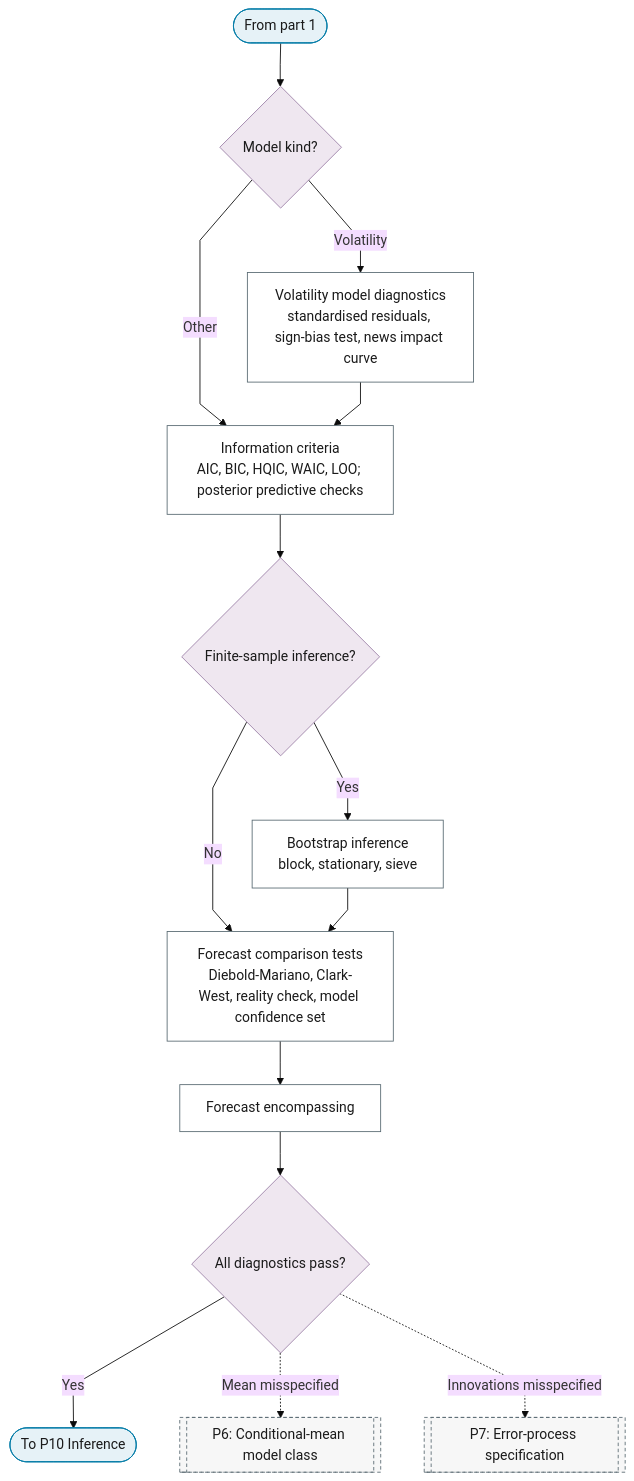
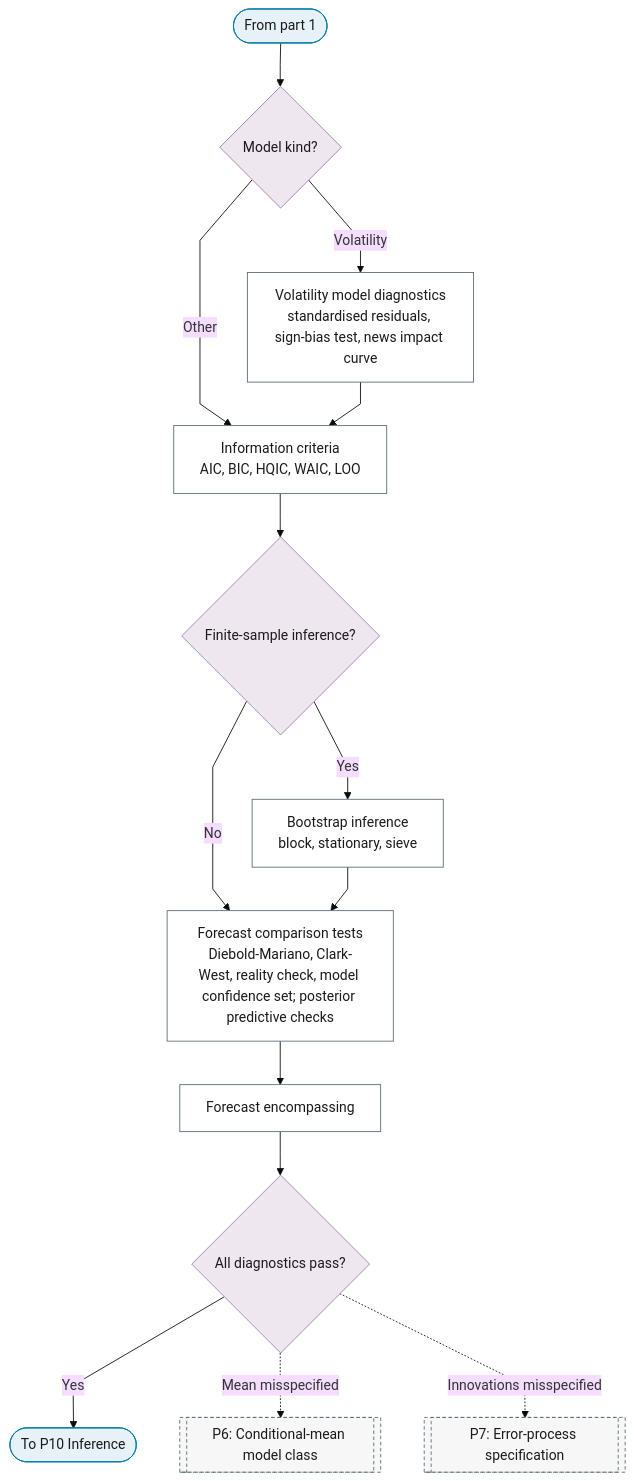
The second of 2 diagrams in docs/01-workflow/p09-diagnostics-selection.md (Shuxin-Y/time-series-analysis-manual), drawn with Mermaid (base theme) before and after one commit. The commit also changed 3 other files, not shown here.

````diff
--- a/docs/01-workflow/p09-diagnostics-selection.md
+++ b/docs/01-workflow/p09-diagnostics-selection.md
@@ -60,29 +60,29 @@
 ```mermaid
 %%{init: {"flowchart": {"curve": "linear"}}}%%
 graph TD
     P9_PART_2_IN(["From part 1"]) --> P9_MODEL_KIND{"Model kind?"}
     P9_MODEL_KIND -->|"Volatility"| P9_VOLATILITY_DIAGNOSTICS["Volatility model diagnostics<br/>standardised residuals, sign-bias test, news impact curve"]
     P9_MODEL_KIND -->|"Other"| P9_INFORMATION_CRITERIA
-    P9_VOLATILITY_DIAGNOSTICS --> P9_INFORMATION_CRITERIA["Information criteria<br/>AIC, BIC, HQIC, WAIC, LOO; posterior predictive checks"]
+    P9_VOLATILITY_DIAGNOSTICS --> P9_INFORMATION_CRITERIA["Information criteria<br/>AIC, BIC, HQIC, WAIC, LOO"]
     P9_INFORMATION_CRITERIA --> P9_INFERENCE_NEEDED{"Finite-sample inference?"}
     P9_INFERENCE_NEEDED -->|"Yes"| P9_BOOTSTRAP["Bootstrap inference<br/>block, stationary, sieve"]
     P9_INFERENCE_NEEDED -->|"No"| P9_FORECAST_COMPARISON
-    P9_BOOTSTRAP --> P9_FORECAST_COMPARISON["Forecast comparison tests<br/>Diebold-Mariano, Clark-West, reality check, model confidence set"]
+    P9_BOOTSTRAP --> P9_FORECAST_COMPARISON["Forecast comparison tests<br/>Diebold-Mariano, Clark-West, reality check, model confidence set; posterior predictive checks"]
     P9_FORECAST_COMPARISON --> P9_ENCOMPASSING["Forecast encompassing"]
     P9_ENCOMPASSING --> P9_PASS{"All diagnostics pass?"}
     P9_PASS -->|"Yes"| P9_OUT(["To P10 Inference"])
     P9_PASS -.->|"Mean misspecified"| P6[["P6: Conditional-mean model class"]]
     P9_PASS -.->|"Innovations misspecified"| P7[["P7: Error-process specification"]]
     class P9_PART_2_IN,P9_OUT terminator
     class P9_MODEL_KIND,P9_INFERENCE_NEEDED,P9_PASS decision
     class P9_VOLATILITY_DIAGNOSTICS,P9_INFORMATION_CRITERIA,P9_BOOTSTRAP,P9_FORECAST_COMPARISON,P9_ENCOMPASSING process
     class P6,P7 ref
     classDef terminator fill:#E6F2F7,stroke:#007BA7,color:#1A1A1A;
     classDef process fill:#FFFFFF,stroke:#5A6B73,color:#1A1A1A;
     classDef decision fill:#EFE7F0,stroke:#9B7FA7,color:#1A1A1A;
     classDef data fill:#FFF4E0,stroke:#C9A55E,color:#1A1A1A;
     classDef good fill:#DCEFD8,stroke:#4A7A3F,color:#1A1A1A;
     classDef escalate fill:#FFE9C2,stroke:#C9A55E,color:#1A1A1A;
     classDef problem fill:#F2D9DE,stroke:#800020,color:#1A1A1A;
     classDef ref fill:#F7F7F7,stroke:#5A6B73,color:#1A1A1A,stroke-dasharray:4 3;
 ```
````
